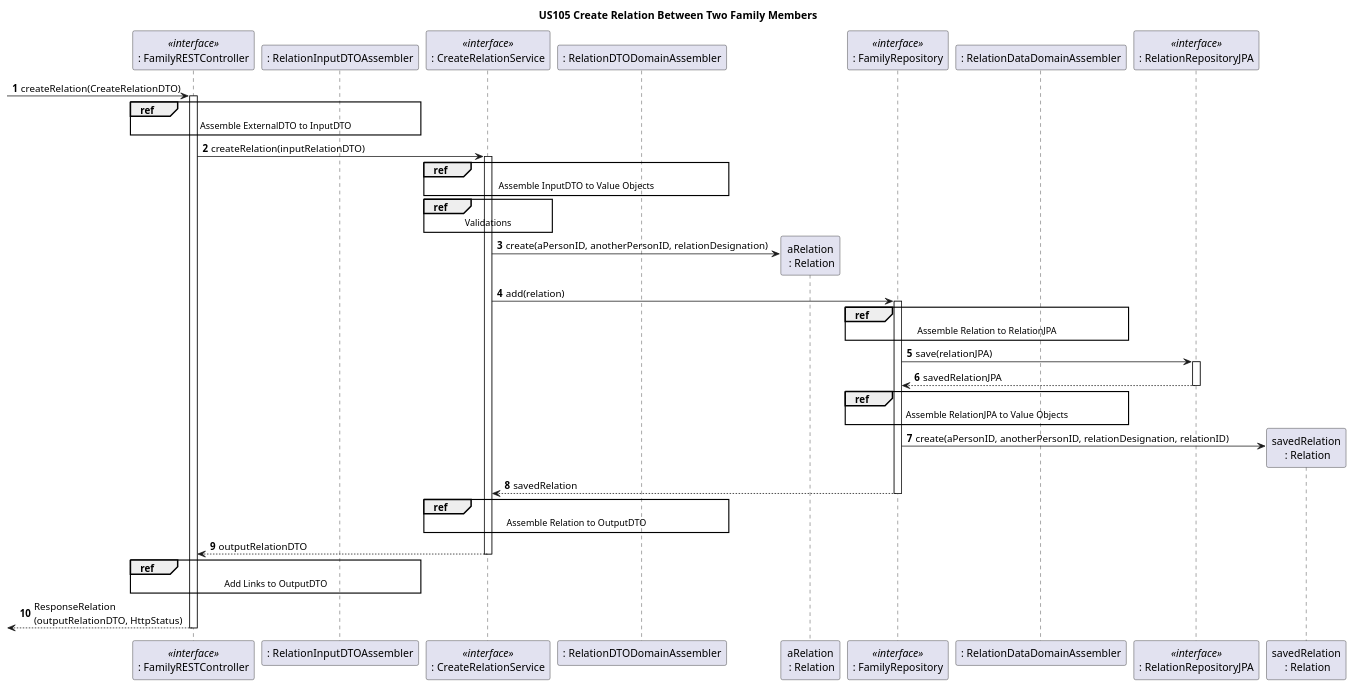
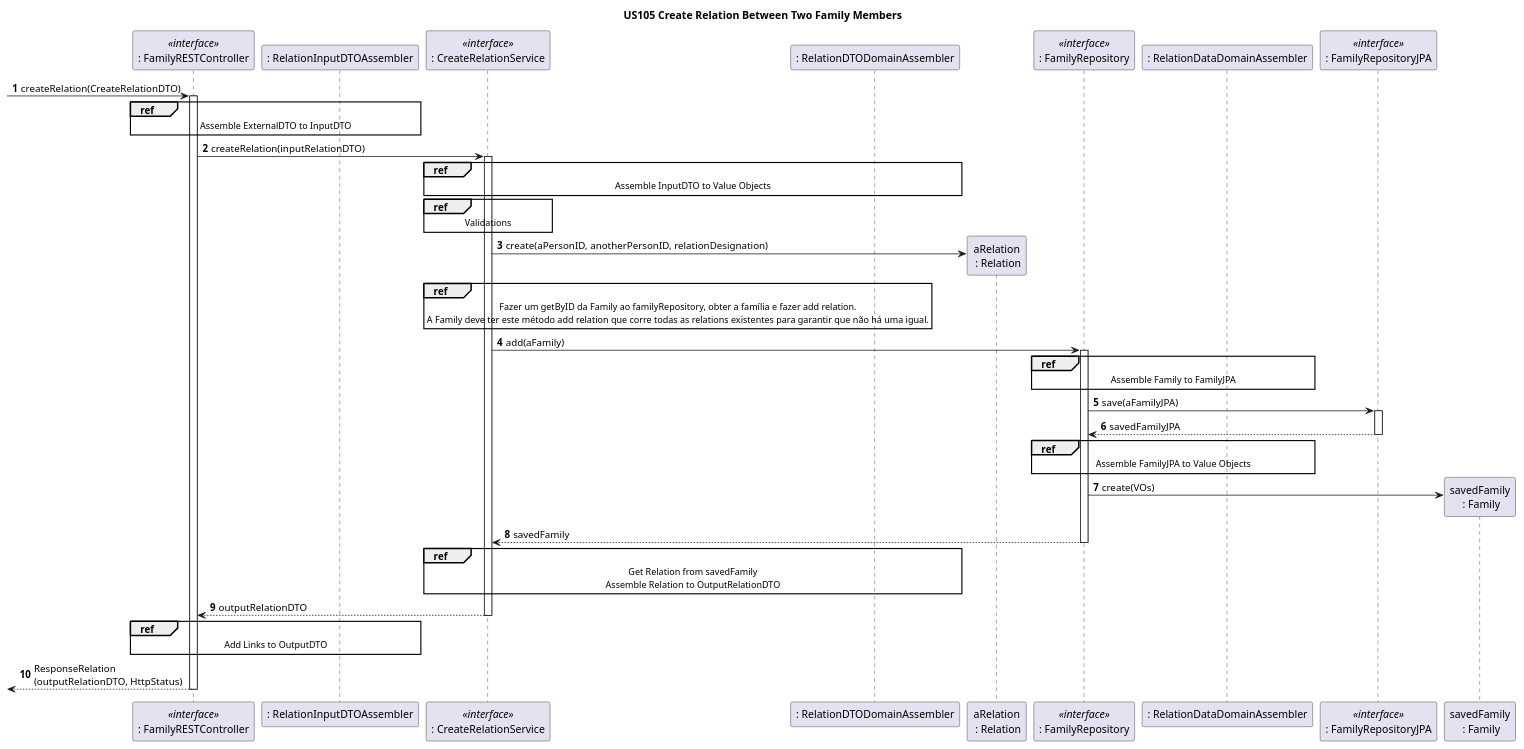
One commit to tomas-osswald/switch_2020_g3 changed the fourth of 5 diagrams in docs/sprint6/user_stories/US105_CreateRelation.md. Above: the diagram before and after it, drawn with PlantUML.

Commit message:
change sd of create relation user story

`````diff
--- a/docs/sprint6/user_stories/US105_CreateRelation.md
+++ b/docs/sprint6/user_stories/US105_CreateRelation.md
@@ -292,69 +292,75 @@
 ````puml
 @startuml
 title US105 Create Relation Between Two Family Members
 
 autonumber
 
 participant ": FamilyRESTController" as controller <<interface>>
 participant ": RelationInputDTOAssembler" as inputDto
 participant ": CreateRelationService" as service <<interface>>
 participant ": RelationDTODomainAssembler" as dtoDomain
 participant "aRelation\n : Relation" as relation
 participant ": FamilyRepository" as repository <<interface>>
 participant ": RelationDataDomainAssembler" as dataDomain
-participant ": RelationRepositoryJPA" as repositoryJPA <<interface>>
-participant "savedRelation\n : Relation" as savedRelation
+participant ": FamilyRepositoryJPA" as repositoryJPA <<interface>>
+participant "savedFamily\n : Family" as savedFamily
 
 
 -> controller : createRelation(CreateRelationDTO)
 activate controller
 
 ref over controller, inputDto
 Assemble ExternalDTO to InputDTO
 end
 
 controller -> service : createRelation(inputRelationDTO)
 activate service
 
 ref over service, dtoDomain
 Assemble InputDTO to Value Objects
 end
 
 ref over service
 Validations
 end
 service -> relation ** : create(aPersonID, anotherPersonID, relationDesignation)
 
-service -> repository : add(relation)
+ref over service
+Fazer um getByID da Family ao familyRepository, obter a família e fazer add relation.
+A Family deve ter este método add relation que corre todas as relations existentes para garantir que não há uma igual.
+end
+
+service -> repository : add(aFamily)
 activate repository
 
 ref over repository, dataDomain
-Assemble Relation to RelationJPA
+Assemble Family to FamilyJPA
 end
 
-repository -> repositoryJPA : save(relationJPA)
+repository -> repositoryJPA : save(aFamilyJPA)
 activate repositoryJPA
-return savedRelationJPA
+return savedFamilyJPA
 
 ref over repository, dataDomain
-Assemble RelationJPA to Value Objects
+Assemble FamilyJPA to Value Objects
 end
 
-repository -> savedRelation ** : create(aPersonID, anotherPersonID, relationDesignation, relationID)
+repository -> savedFamily ** : create(VOs)
 
-return savedRelation
+return savedFamily
 
 ref over service, dtoDomain
-Assemble Relation to OutputDTO
+Get Relation from savedFamily
+Assemble Relation to OutputRelationDTO
 end
 
 return outputRelationDTO
 
 ref over controller, inputDto
 Add Links to OutputDTO
 end
 
 return ResponseRelation\n(outputRelationDTO, HttpStatus)
 
 @enduml
 ````
`````
